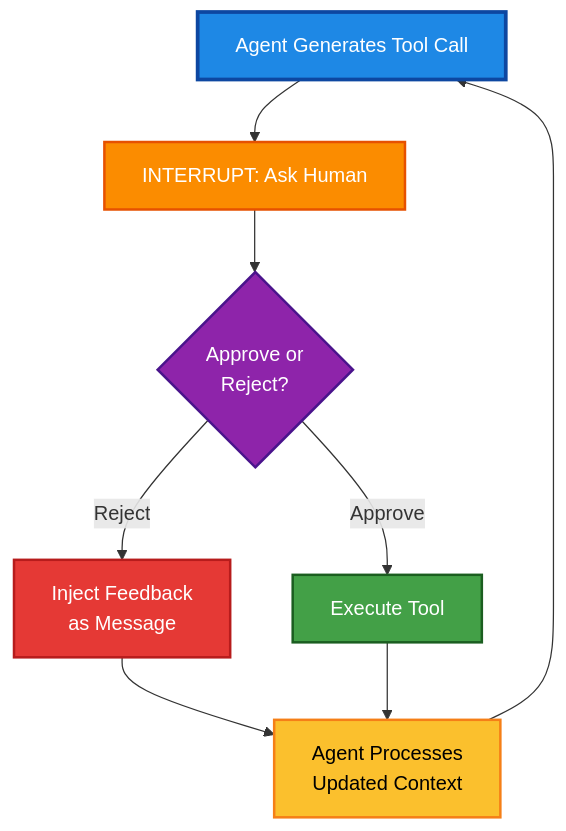
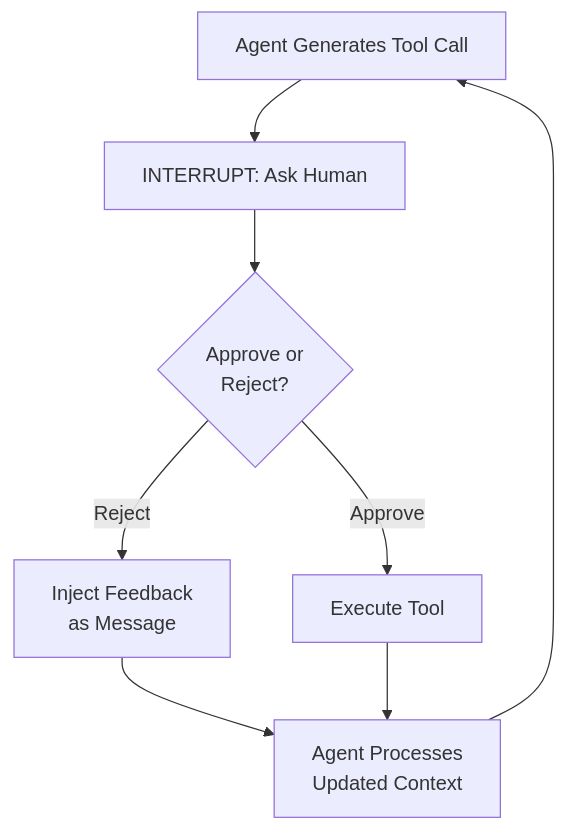
Before and after one commit to roihezkiyahu/HITL-demo: the second of 2 diagrams in blog_post.md, drawn with Mermaid. The commit also changed other lines of this file and 2 other files, not shown here.

````diff
--- a/blog_post.md
+++ b/blog_post.md
@@ -70,17 +67,11 @@
 ```mermaid
 graph TD
     A["Agent Generates Tool Call"] --> B["INTERRUPT: Ask Human"]
     B --> C{"Approve or<br/>Reject?"}
     C -->|Reject| D["Inject Feedback<br/>as Message"]
     C -->|Approve| E["Execute Tool"]
     D --> F["Agent Processes<br/>Updated Context"]
     E --> F
     F --> A
-    
-    style A fill:#1e88e5,stroke:#0d47a1,stroke-width:3px,color:#fff
-    style B fill:#fb8c00,stroke:#e65100,stroke-width:2px,color:#fff
-    style C fill:#8e24aa,stroke:#4a148c,stroke-width:2px,color:#fff
-    style D fill:#e53935,stroke:#b71c1c,stroke-width:2px,color:#fff
-    style E fill:#43a047,stroke:#1b5e20,stroke-width:2px,color:#fff
-    style F fill:#fbc02d,stroke:#f57f17,stroke-width:2px,color:#000
+
 ```
````
